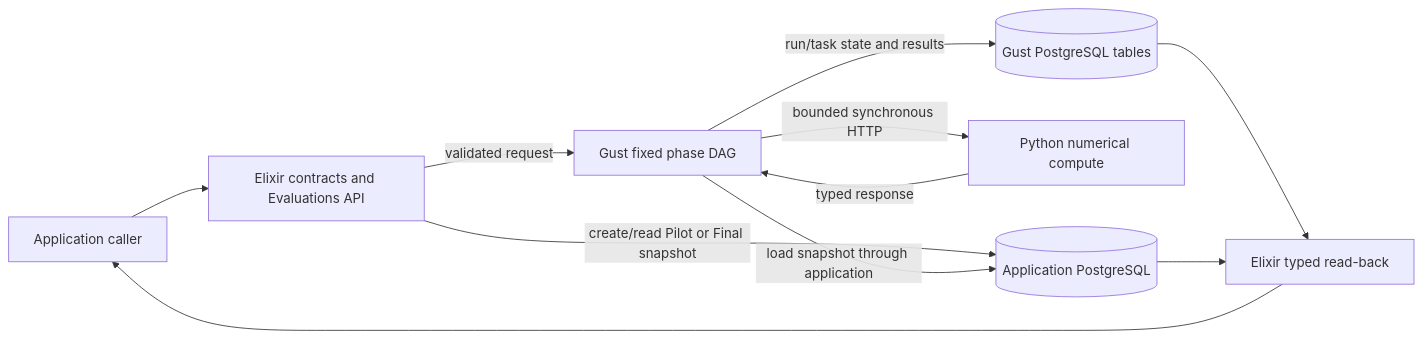
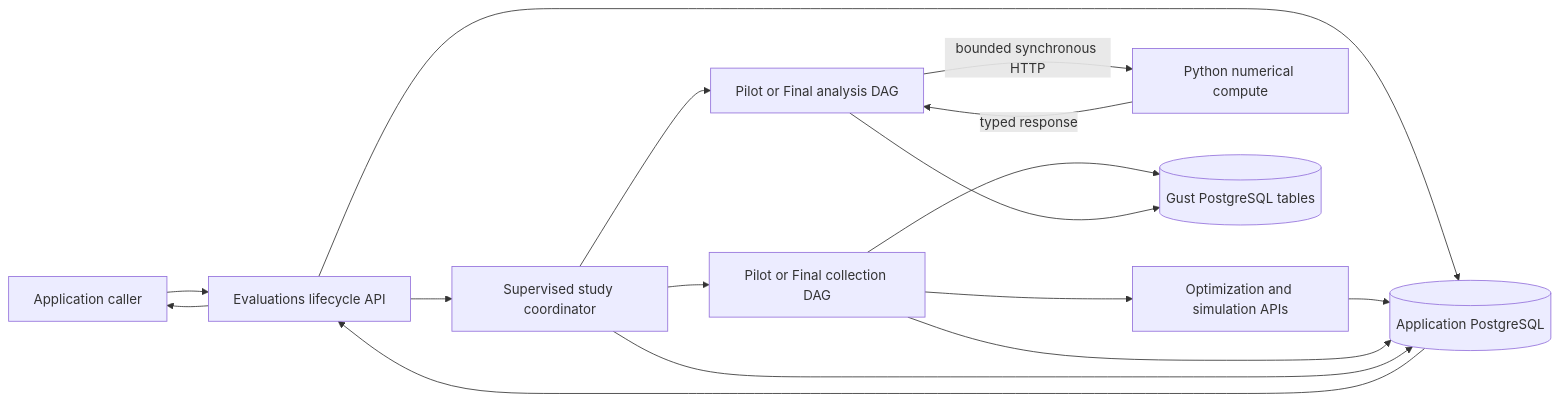
The diagram in docs/architecture/evaluation-architecture.md (michalo1334/master_thesis), drawn with Mermaid before and after one commit. The commit also changed other lines of this file and 5 other files, not shown here.

Commit message:
docs(evaluation): align active study lifecycle

````diff
--- a/docs/architecture/evaluation-architecture.md
+++ b/docs/architecture/evaluation-architecture.md
@@ -19,13 +19,18 @@
 ```mermaid
 flowchart LR
-    CALLER["Application caller"] --> APP["Elixir contracts and Evaluations API"]
-    APP -->|"create/read Pilot or Final snapshot"| DB[("Application PostgreSQL")]
-    APP -->|"validated request"| GUST["Gust fixed phase DAG"]
-    GUST -->|"load snapshot through application"| DB
-    GUST -->|"bounded synchronous HTTP"| PY["Python numerical compute"]
-    PY -->|"typed response"| GUST
-    GUST -->|"run/task state and results"| GS[("Gust PostgreSQL tables")]
-    GS --> READ["Elixir typed read-back"]
-    DB --> READ
-    READ --> CALLER
+    CALLER["Application caller"] --> API["Evaluations lifecycle API"]
+    API --> DB[("Application PostgreSQL")]
+    API --> COORD["Supervised study coordinator"]
+    COORD --> COLLECT["Pilot or Final collection DAG"]
+    COLLECT --> DOMAIN["Optimization and simulation APIs"]
+    DOMAIN --> DB
+    COLLECT --> DB
+    COORD --> ANALYZE["Pilot or Final analysis DAG"]
+    ANALYZE -->|"bounded synchronous HTTP"| PY["Python numerical compute"]
+    PY -->|"typed response"| ANALYZE
+    COLLECT --> GS[("Gust PostgreSQL tables")]
+    ANALYZE --> GS
+    COORD --> DB
+    DB --> API
+    API --> CALLER
 ```
````
